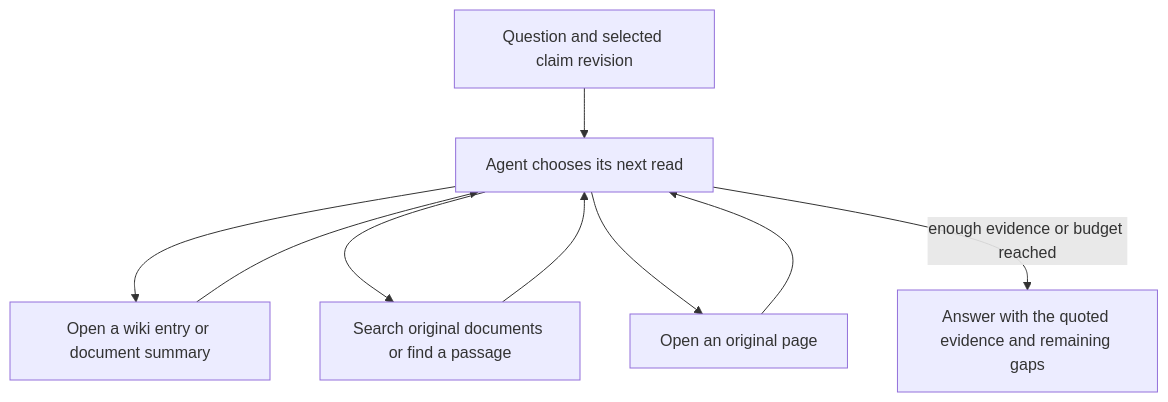
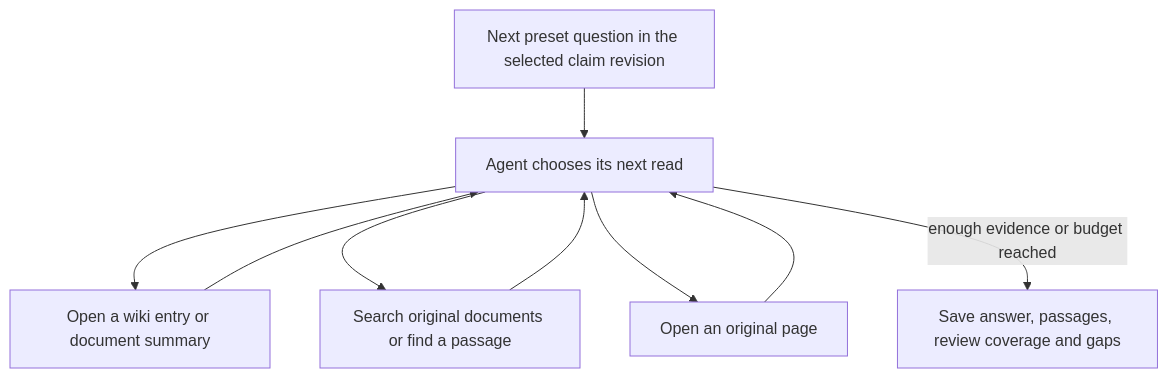
Before and after one commit to LenDoStuff/documents2wiki: the diagram in approach/agent-retrieval.md, drawn with Mermaid. The commit also changed other lines of this file and 11 other files, not shown here.

Commit message:
Document the claim-file MVP and add the subrogation starter preset

````diff
--- a/approach/agent-retrieval.md
+++ b/approach/agent-retrieval.md
@@ -7,11 +11,11 @@
 ```mermaid
 flowchart TD
-    Q["Question and selected claim revision"] --> A["Agent chooses its next read"]
+    Q["Next preset question in the selected claim revision"] --> A["Agent chooses its next read"]
     A --> W["Open a wiki entry or document summary"]
     A --> S["Search original documents or find a passage"]
     A --> P["Open an original page"]
     W --> A
     S --> A
     P --> A
-    A -->|enough evidence or budget reached| R["Answer with the quoted evidence and remaining gaps"]
+    A -->|enough evidence or budget reached| R["Save answer, passages, review coverage and gaps"]
 ```
````
